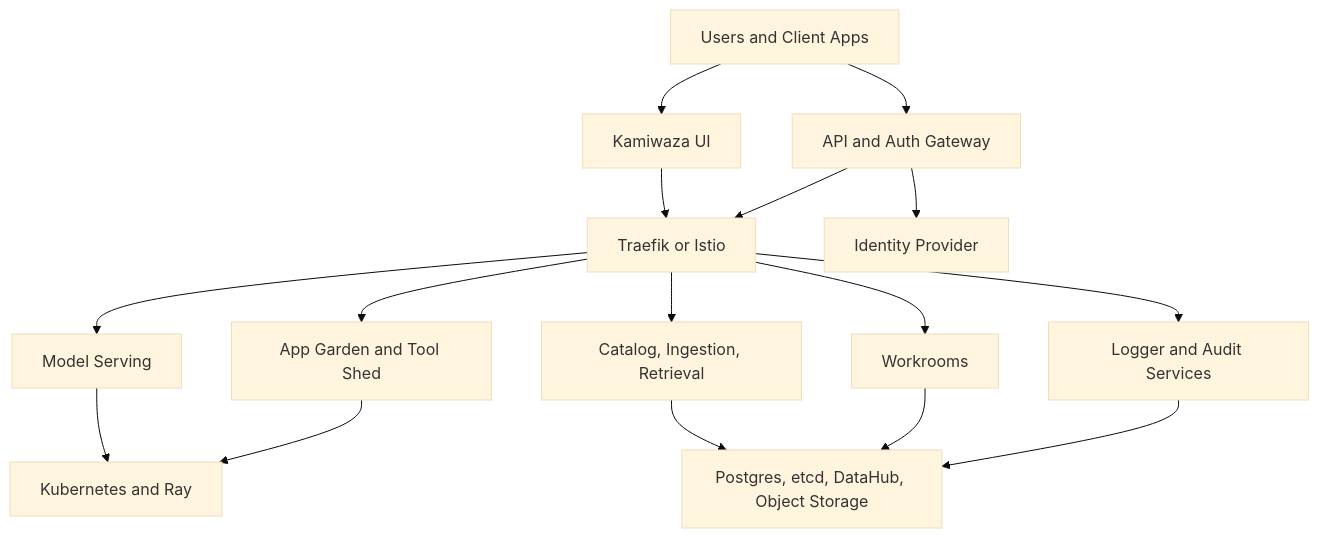
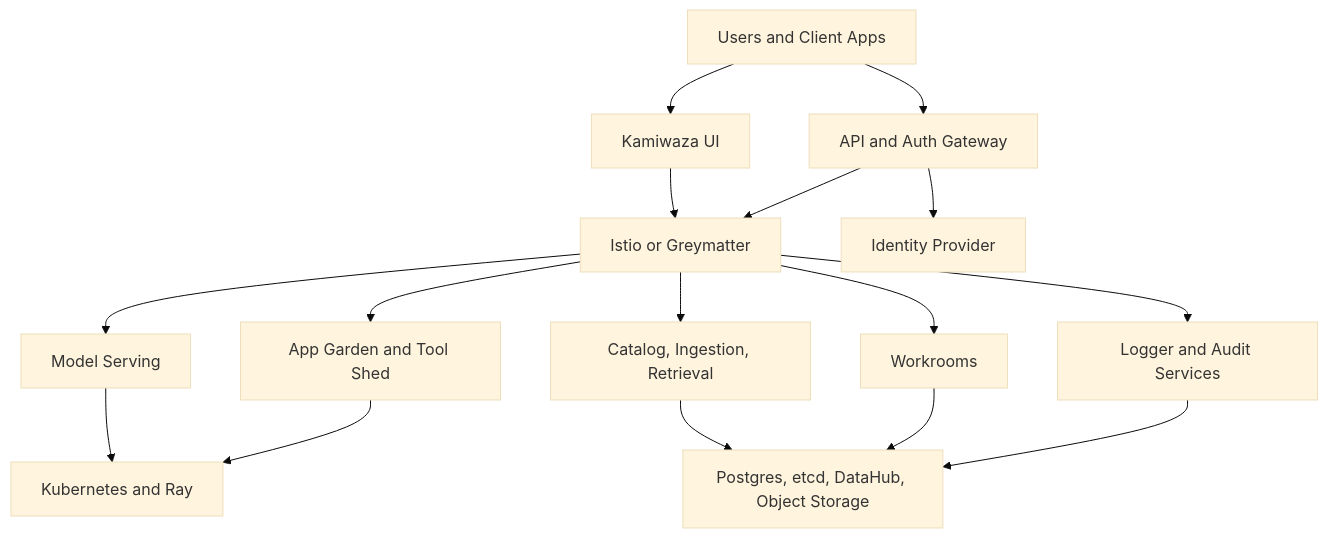
Before and after one commit to kamiwaza-ai/kamiwaza-docs: the diagram in docs/docs/architecture/architecture.md, drawn with Mermaid (base theme). The commit also changed other lines of this file and 4 other files, not shown here.

````diff
--- a/docs/docs/architecture/architecture.md
+++ b/docs/docs/architecture/architecture.md
@@ -5,31 +5,31 @@
 ```mermaid
 graph TD
     Users[Users and Client Apps]
     UI[Kamiwaza UI]
     API[API and Auth Gateway]
     Models[Model Serving]
     Data[Catalog, Ingestion, Retrieval]
     Gardens[App Garden and Tool Shed]
     Workrooms[Workrooms]
     Logs[Logger and Audit Services]
-    Ingress[Traefik or Istio]
+    Ingress[Istio or Greymatter]
     IdP[Identity Provider]
     DataStores[Postgres, etcd, DataHub, Object Storage]
     Compute[Kubernetes and Ray]
 
     Users --> UI
     Users --> API
     UI --> Ingress
     API --> Ingress
     Ingress --> Models
     Ingress --> Data
     Ingress --> Gardens
     Ingress --> Workrooms
     Ingress --> Logs
     API --> IdP
     Models --> Compute
     Data --> DataStores
     Gardens --> Compute
     Workrooms --> DataStores
     Logs --> DataStores
 ```
````
